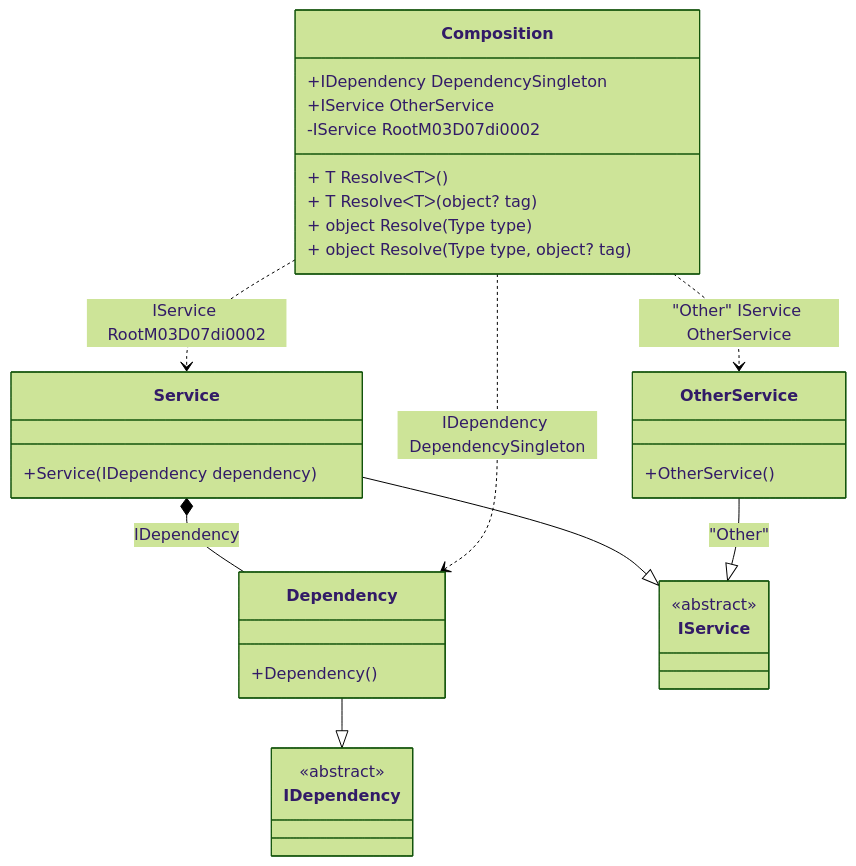
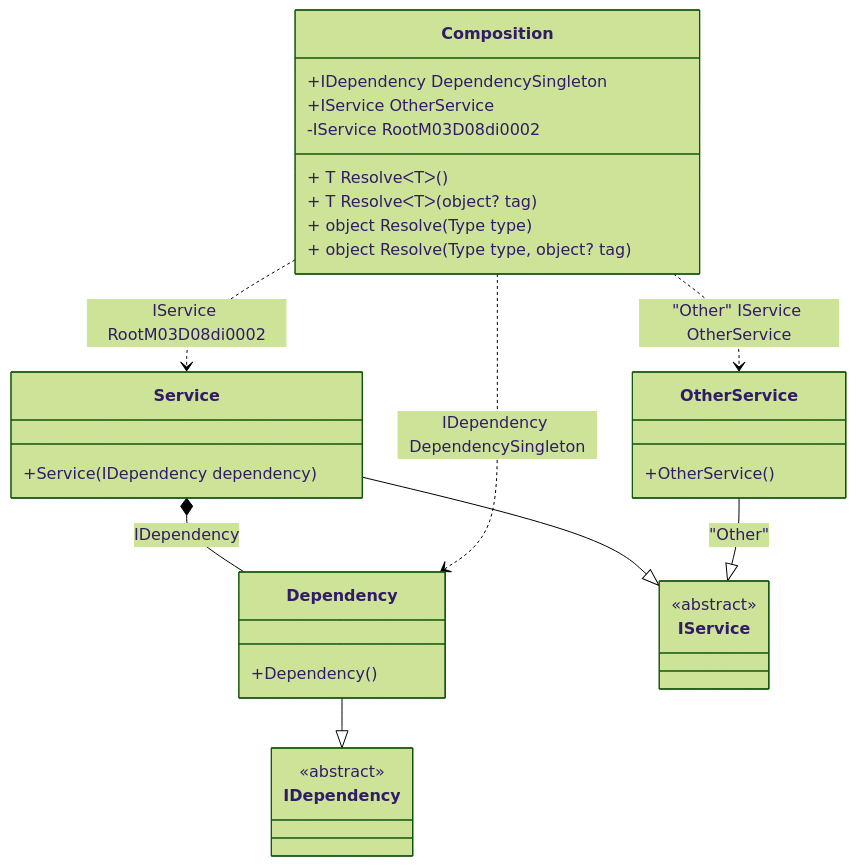
The diagram in readme/resolve-methods.md (DevTeam/Pure.DI), drawn with Mermaid (forest theme) before and after one commit. The commit also changed other lines of this file and 71 other files, not shown here.

````diff
--- a/readme/resolve-methods.md
+++ b/readme/resolve-methods.md
@@ -45,34 +45,34 @@
 ```mermaid
 classDiagram
   class Composition {
     +IDependency DependencySingleton
     +IService OtherService
-    -IService RootM03D07di0002
+    -IService RootM03D08di0002
     + T ResolveᐸTᐳ()
     + T ResolveᐸTᐳ(object? tag)
     + object Resolve(Type type)
     + object Resolve(Type type, object? tag)
   }
   Dependency --|> IDependency : 
   class Dependency {
     +Dependency()
   }
   Service --|> IService : 
   class Service {
     +Service(IDependency dependency)
   }
   OtherService --|> IService : "Other" 
   class OtherService {
     +OtherService()
   }
   class IDependency {
     <<abstract>>
   }
   class IService {
     <<abstract>>
   }
   Service *--  Dependency : IDependency
   Composition ..> Dependency : IDependency DependencySingleton
-  Composition ..> Service : IService RootM03D07di0002
+  Composition ..> Service : IService RootM03D08di0002
   Composition ..> OtherService : "Other" IService OtherService
 ```
````
